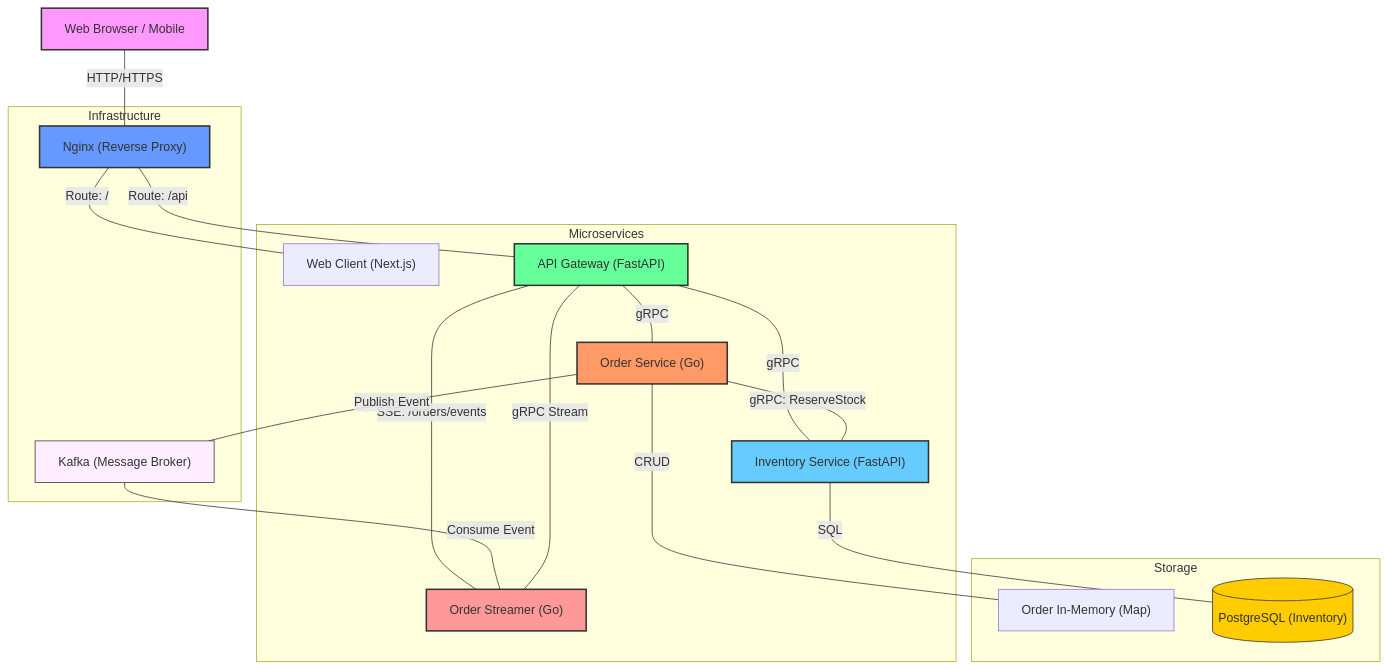
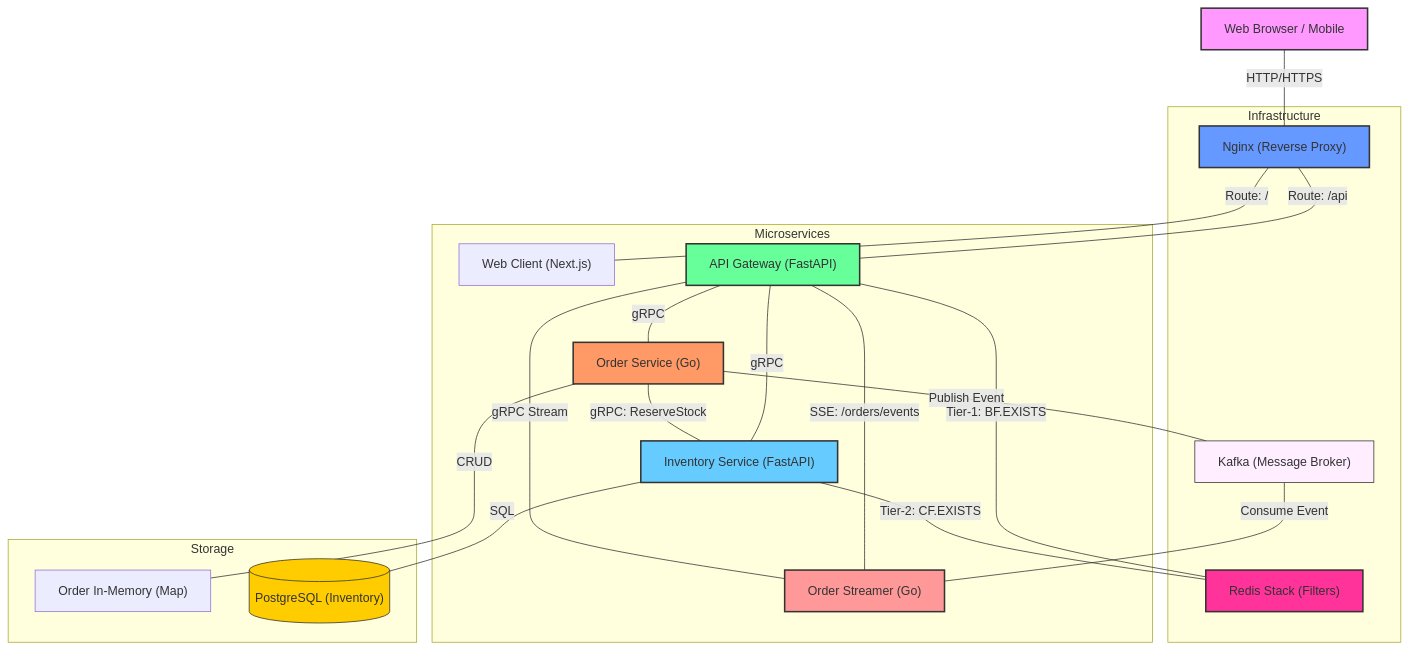
One commit to sairam0424/gRPC-micro-services changed the diagram in order-processing-system/docs/architecture_diagram.md. Above: the diagram before and after it, drawn with Mermaid. The commit also changed 23 other files, not shown here.

Commit message:
feat: Implement Bloom and Cuckoo filters for inventory checks, update Nginx proxy configuration, and add a new filter dashboard UI component.

````diff
--- a/order-processing-system/docs/architecture_diagram.md
+++ b/order-processing-system/docs/architecture_diagram.md
@@ -11,48 +11,53 @@
 ```mermaid
 graph TD
     Client["Web Browser / Mobile"]
     
     subgraph "Infrastructure"
         Proxy["Nginx (Reverse Proxy)"]
         KafkaBroker["Kafka (Message Broker)"]
+        Redis["Redis Stack (Filters)"]
     end
     
     subgraph "Microservices"
         WebClient["Web Client (Next.js)"]
         APIGateway["API Gateway (FastAPI)"]
         OrderService["Order Service (Go)"]
         OrderStreamer["Order Streamer (Go)"]
         InventoryService["Inventory Service (FastAPI)"]
     end
     
     subgraph "Storage"
         OrderInMemory["Order In-Memory (Map)"]
         InventoryDB[("PostgreSQL (Inventory)")]
     end
     
     %% Connections
     Client ---|HTTP/HTTPS| Proxy
     Proxy ---|Route: /| WebClient
     Proxy ---|Route: /api| APIGateway
+    
+    APIGateway ---|Tier-1: BF.EXISTS| Redis
     APIGateway ---|gRPC| OrderService
     APIGateway ---|gRPC| InventoryService
     APIGateway ---|SSE: /orders/events| OrderStreamer
     
+    InventoryService ---|Tier-2: CF.EXISTS| Redis
     OrderService ---|gRPC: ReserveStock| InventoryService
     OrderService ---|Publish Event| KafkaBroker
     KafkaBroker ---|Consume Event| OrderStreamer
     OrderStreamer ---|gRPC Stream| APIGateway
     
     OrderService ---|CRUD| OrderInMemory
     InventoryService ---|SQL| InventoryDB
     
     %% Styling
     style Client fill:#f9f,stroke:#333,stroke-width:2px
     style Proxy fill:#69f,stroke:#333,stroke-width:2px
     style KafkaBroker fill:#fef,stroke:#333
+    style Redis fill:#ff3399,stroke:#333,stroke-width:2px
     style APIGateway fill:#6f9,stroke:#333,stroke-width:2px
     style OrderService fill:#f96,stroke:#333,stroke-width:2px
     style OrderStreamer fill:#ff9999,stroke:#333,stroke-width:2px
     style InventoryService fill:#66ccff,stroke:#333,stroke-width:2px
     style InventoryDB fill:#ffcc00,stroke:#333
 ```
````
